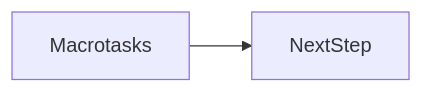
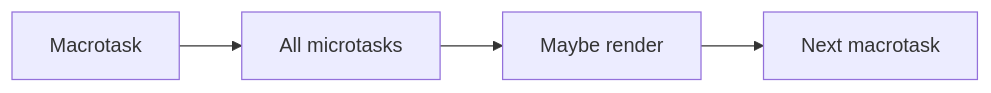
One commit to OmidJavaherii/Frontend-Engineering-Handbook changed the second of 2 diagrams in docs/en/03-browser/macrotasks/index.md. Above: the diagram before and after it, drawn with Mermaid. The commit also changed other lines of this file and 461 other files, not shown here.

````diff
--- a/docs/en/03-browser/macrotasks/index.md
+++ b/docs/en/03-browser/macrotasks/index.md
@@ -96,4 +110,6 @@
 ```mermaid
 flowchart LR
-  concept[Macrotasks] --> nextStep[NextStep]
+  M1[Macrotask] --> μ[All microtasks]
+  μ --> R[Maybe render]
+  R --> M2[Next macrotask]
 ```
````
